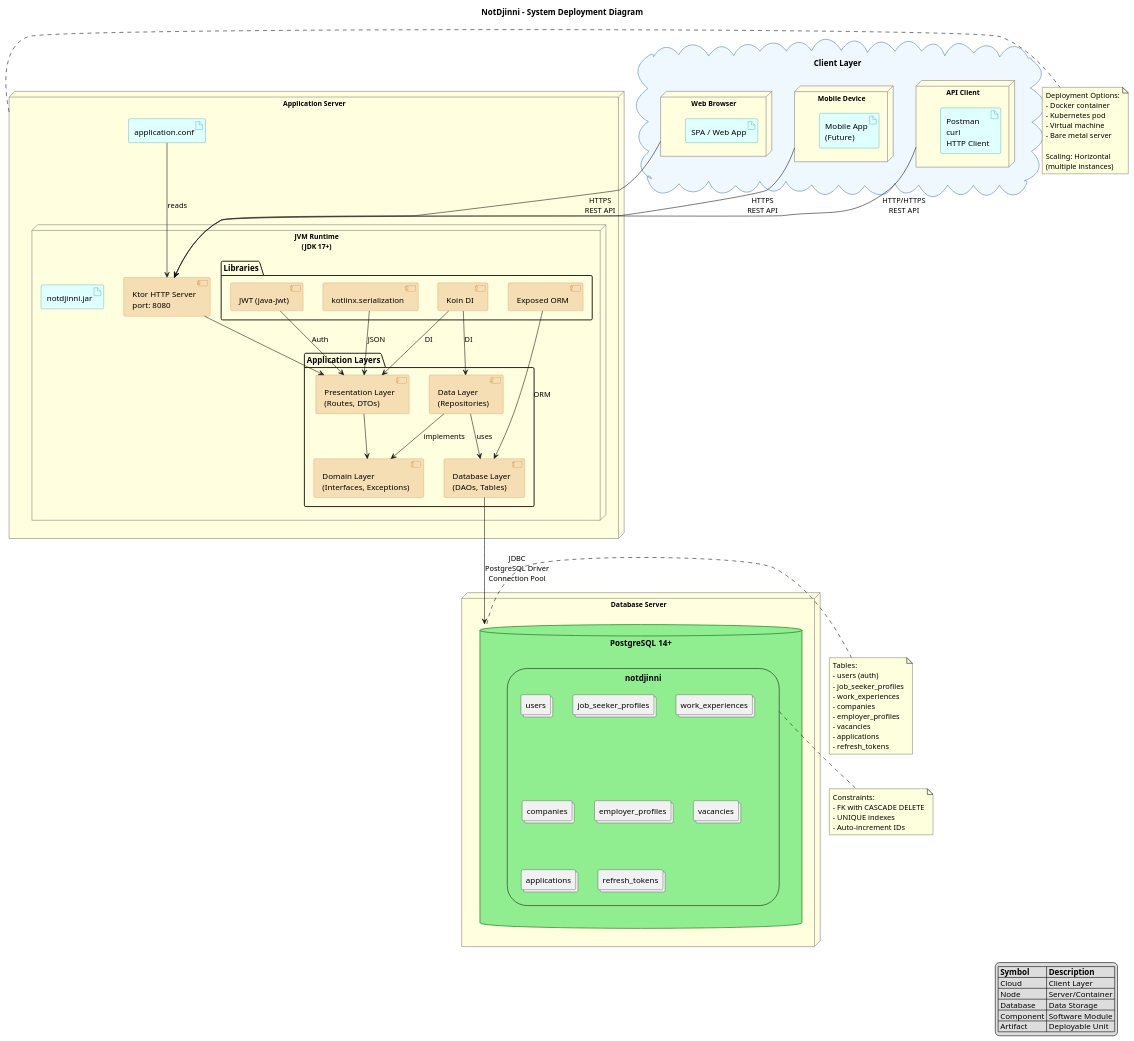
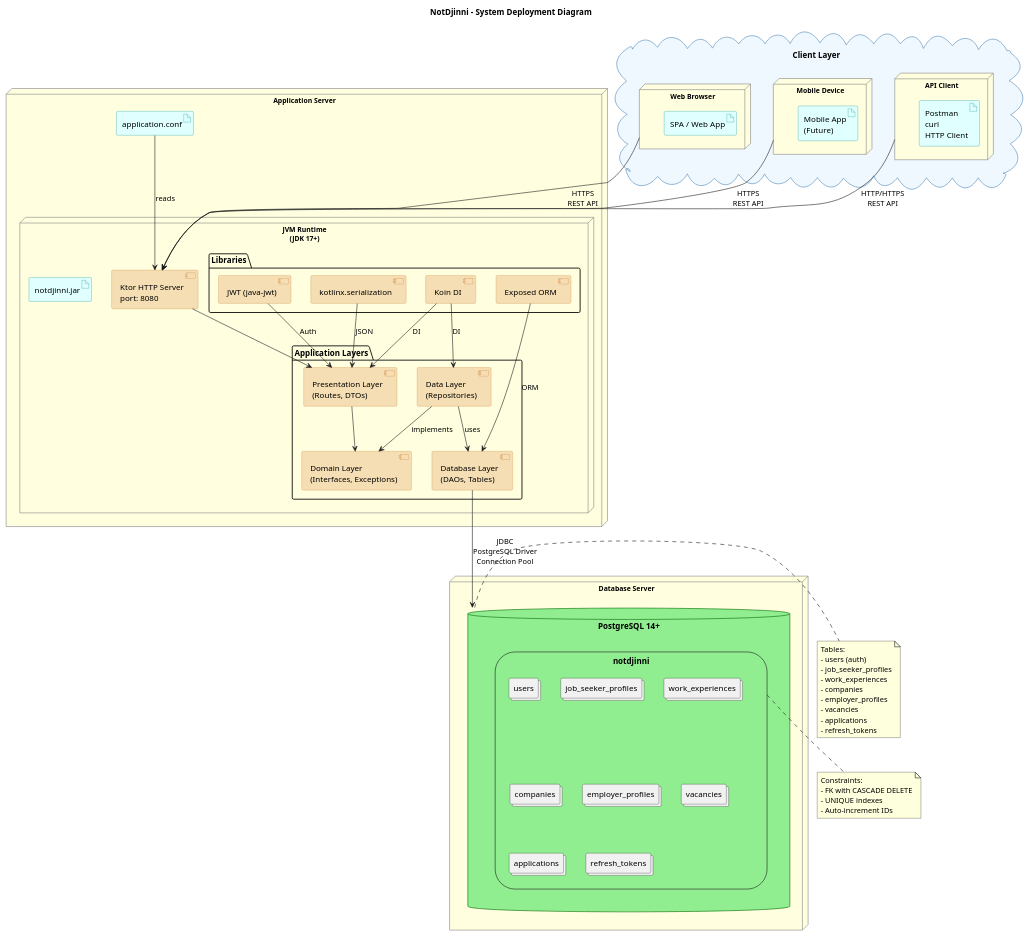
Before and after one commit to hmokryiedu/NotDjinni: the diagram in diagram/deployment/system-deployment.puml, drawn with PlantUML. The commit also changed 48 other files, not shown here.

```diff
--- a/diagram/deployment/system-deployment.puml
+++ b/diagram/deployment/system-deployment.puml
@@ -1,156 +1,132 @@
 @startuml System Deployment
 
 skinparam node {
     BackgroundColor LightYellow
     BorderColor Gray
     FontSize 12
 }
 
 skinparam database {
     BackgroundColor LightGreen
     BorderColor DarkGreen
 }
 
 skinparam cloud {
     BackgroundColor AliceBlue
     BorderColor SteelBlue
 }
 
 skinparam component {
     BackgroundColor Wheat
     BorderColor Peru
 }
 
 skinparam artifact {
     BackgroundColor LightCyan
     BorderColor DarkCyan
 }
 
 title NotDjinni - System Deployment Diagram
 
 ' ==================== CLIENT LAYER ====================
 cloud "Client Layer" {
     node "Web Browser" as WB {
         artifact "SPA / Web App" as WebApp
     }
 
     node "Mobile Device" as Mobile {
         artifact "Mobile App\n(Future)" as MobileApp
     }
 
     node "API Client" as APIClient {
         artifact "Postman\ncurl\nHTTP Client" as Tools
     }
 }
 
 ' ==================== APPLICATION SERVER ====================
 node "Application Server" as AppServer {
     node "JVM Runtime\n(JDK 17+)" as JVM {
         component [Ktor HTTP Server\nport: 8080] as Ktor
 
         artifact "notdjinni.jar" as JAR
 
         package "Application Layers" {
             component [Presentation Layer\n(Routes, DTOs)] as Presentation
             component [Domain Layer\n(Interfaces, Exceptions)] as Domain
             component [Data Layer\n(Repositories)] as Data
             component [Database Layer\n(DAOs, Tables)] as DBLayer
         }
 
         package "Libraries" {
             component [Koin DI] as Koin
             component [kotlinx.serialization] as KotlinX
             component [Exposed ORM] as Exposed
             component [JWT (java-jwt)] as JWT
         }
     }
 
     artifact "application.conf" as Config
 }
 
 ' ==================== DATABASE SERVER ====================
 node "Database Server" as DBServer {
     database "PostgreSQL 14+" as PG {
         storage "notdjinni" as NotDjinniDB {
             collections "users" as T1
             collections "job_seeker_profiles" as T2
             collections "work_experiences" as T3
             collections "companies" as T4
             collections "employer_profiles" as T5
             collections "vacancies" as T6
             collections "applications" as T7
             collections "refresh_tokens" as T8
         }
     }
 }
 
 ' ==================== CONNECTIONS ====================
 
 ' Client to Application
 WB --> Ktor : "HTTPS\nREST API"
 Mobile --> Ktor : "HTTPS\nREST API"
 APIClient --> Ktor : "HTTP/HTTPS\nREST API"
 
 ' Internal connections
 Ktor --> Presentation
 Presentation --> Domain
 Data --> Domain : implements
 Data --> DBLayer : uses
 
 ' Application to Database
 DBLayer --> PG : "JDBC\nPostgreSQL Driver\nConnection Pool"
 
 ' Configuration
 Config --> Ktor : reads
 
 ' Libraries
 Koin --> Presentation : DI
 Koin --> Data : DI
 KotlinX --> Presentation : JSON
 Exposed --> DBLayer : ORM
 JWT --> Presentation : Auth
 
-' ==================== NOTES ====================
-
-note right of AppServer
-  Deployment Options:
-  - Docker container
-  - Kubernetes pod
-  - Virtual machine
-  - Bare metal server
-
-  Scaling: Horizontal
-  (multiple instances)
-end note
-
 note right of PG
   Tables:
   - users (auth)
   - job_seeker_profiles
   - work_experiences
   - companies
   - employer_profiles
   - vacancies
   - applications
   - refresh_tokens
 end note
 
 note bottom of NotDjinniDB
   Constraints:
   - FK with CASCADE DELETE
   - UNIQUE indexes
   - Auto-increment IDs
 end note
 
-' ==================== LEGEND ====================
-
-legend right
-  |= Symbol |= Description |
-  | Cloud | Client Layer |
-  | Node | Server/Container |
-  | Database | Data Storage |
-  | Component | Software Module |
-  | Artifact | Deployable Unit |
-endlegend
-
 @enduml
```
